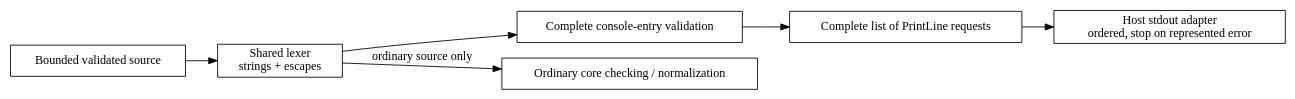
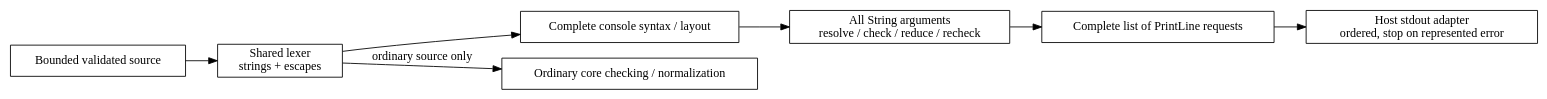
One commit to odunboye/fibril changed the diagram in docs/diagrams/console-runner.dot. Above: the diagram before and after it, drawn with Graphviz. The commit also changed 24 other files, not shown here.

```diff
--- a/docs/diagrams/console-runner.dot
+++ b/docs/diagrams/console-runner.dot
@@ -1,12 +1,13 @@
 digraph ConsoleRunner {
   rankdir=LR;
   node [shape=box];
   source [label="Bounded validated source"];
   lexer [label="Shared lexer\nstrings + escapes"];
-  profile [label="Complete console-entry validation"];
+  profile [label="Complete console syntax / layout"];
+  planning [label="All String arguments\nresolve / check / reduce / recheck"];
   action [label="Complete list of PrintLine requests"];
   host [label="Host stdout adapter\nordered, stop on represented error"];
   core [label="Ordinary core checking / normalization"];
-  source -> lexer -> profile -> action -> host;
+  source -> lexer -> profile -> planning -> action -> host;
   lexer -> core [label="ordinary source only"];
 }
```
